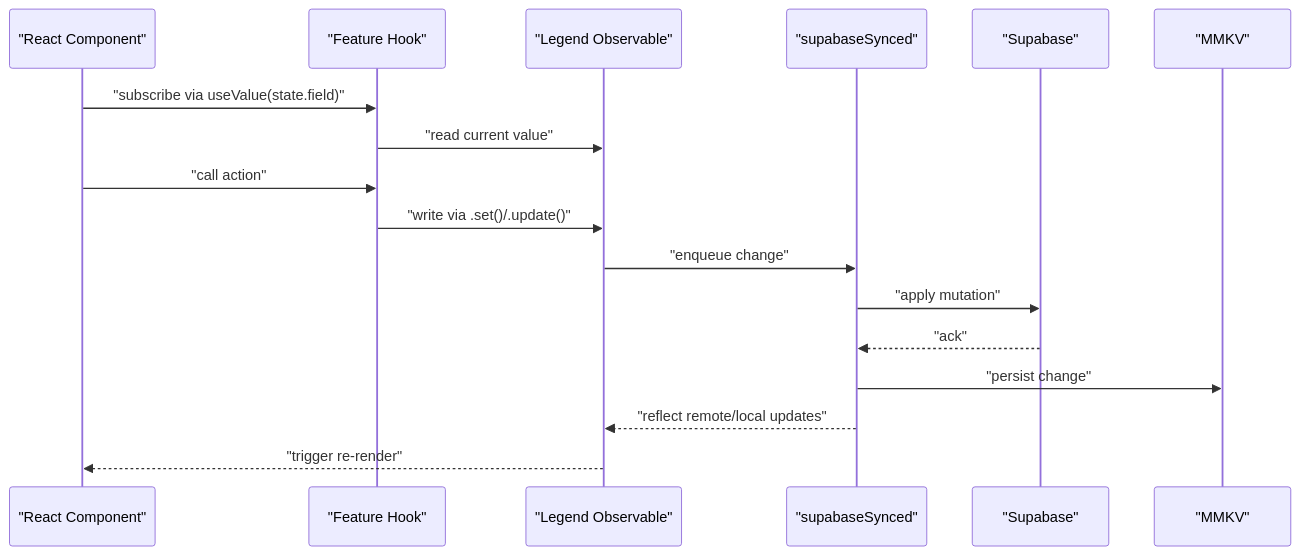
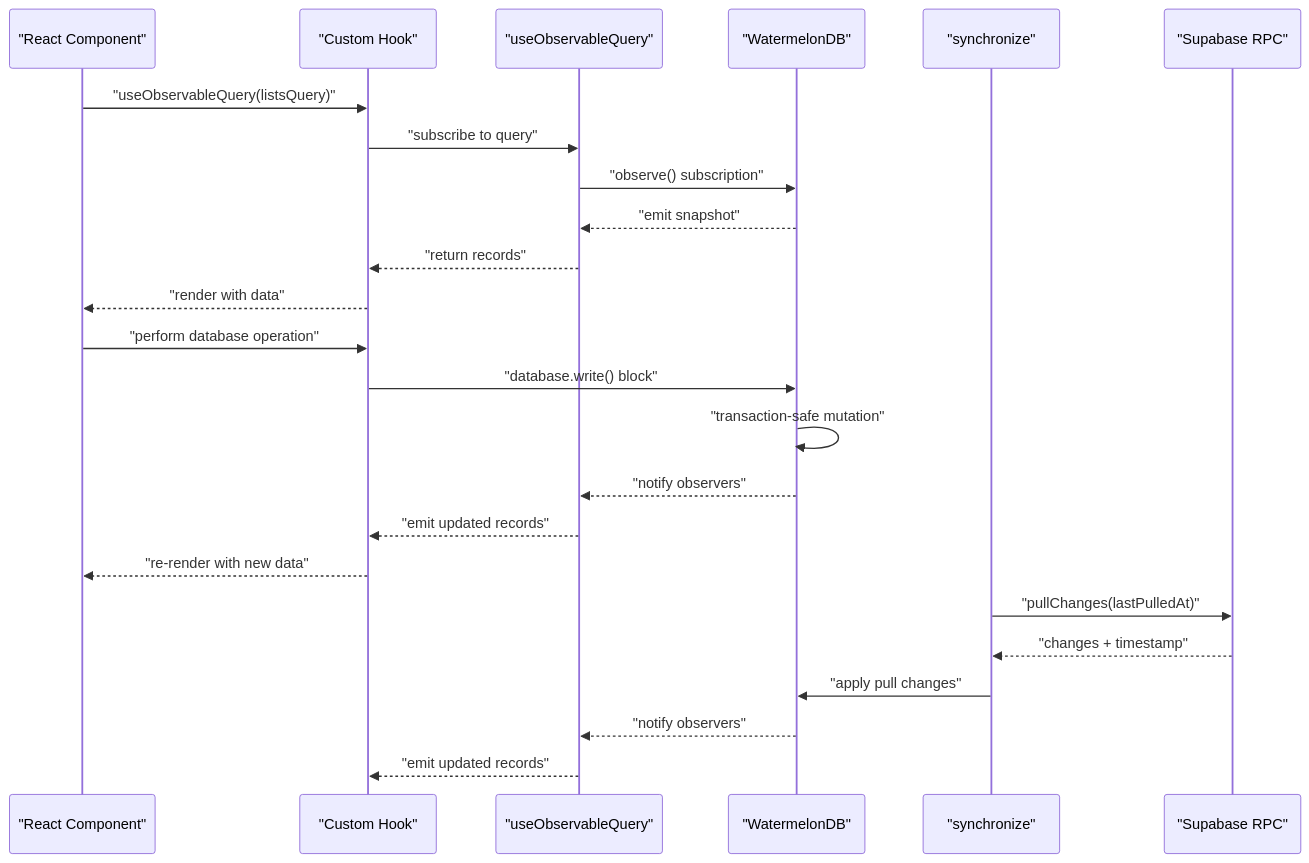
Before and after one commit to karllasouzza/PowerLists: the second of 7 diagrams in .qoder/repowiki/en/content/State Management Architecture/LegendAppState Core System.md, drawn with Mermaid. The commit also changed other lines of this file and 5 other files, not shown here.

First line of the commit message:
docs(database): add comprehensive WatermelonDB integration and migrate state management

````diff
--- a/.qoder/repowiki/en/content/State Management Architecture/LegendAppState Core System.md
+++ b/.qoder/repowiki/en/content/State Management Architecture/LegendAppState Core System.md
@@ -120,19 +162,26 @@
 ```mermaid
 sequenceDiagram
 participant UI as "React Component"
-participant Hook as "Feature Hook"
-participant State as "Legend Observable"
-participant Sync as "supabaseSynced"
-participant DB as "Supabase"
-participant Store as "MMKV"
-UI->>Hook : "subscribe via useValue(state.field)"
-Hook->>State : "read current value"
-UI->>Hook : "call action"
-Hook->>State : "write via .set()/.update()"
-State->>Sync : "enqueue change"
-Sync->>DB : "apply mutation"
-DB-->>Sync : "ack"
-Sync->>Store : "persist change"
-Sync-->>State : "reflect remote/local updates"
-State-->>UI : "trigger re-render"
+participant Hook as "Custom Hook"
+participant Query as "useObservableQuery"
+participant DB as "WatermelonDB"
+participant Sync as "synchronize"
+participant Supabase as "Supabase RPC"
+UI->>Hook : "useObservableQuery(listsQuery)"
+Hook->>Query : "subscribe to query"
+Query->>DB : "observe() subscription"
+DB-->>Query : "emit snapshot"
+Query-->>Hook : "return records"
+Hook-->>UI : "render with data"
+UI->>Hook : "perform database operation"
+Hook->>DB : "database.write() block"
+DB->>DB : "transaction-safe mutation"
+DB-->>Query : "notify observers"
+Query-->>Hook : "emit updated records"
+Hook-->>UI : "re-render with new data"
+Sync->>Supabase : "pullChanges(lastPulledAt)"
+Supabase-->>Sync : "changes + timestamp"
+Sync->>DB : "apply pull changes"
+DB-->>Query : "notify observers"
+Query-->>Hook : "emit updated records"
 ```
````
